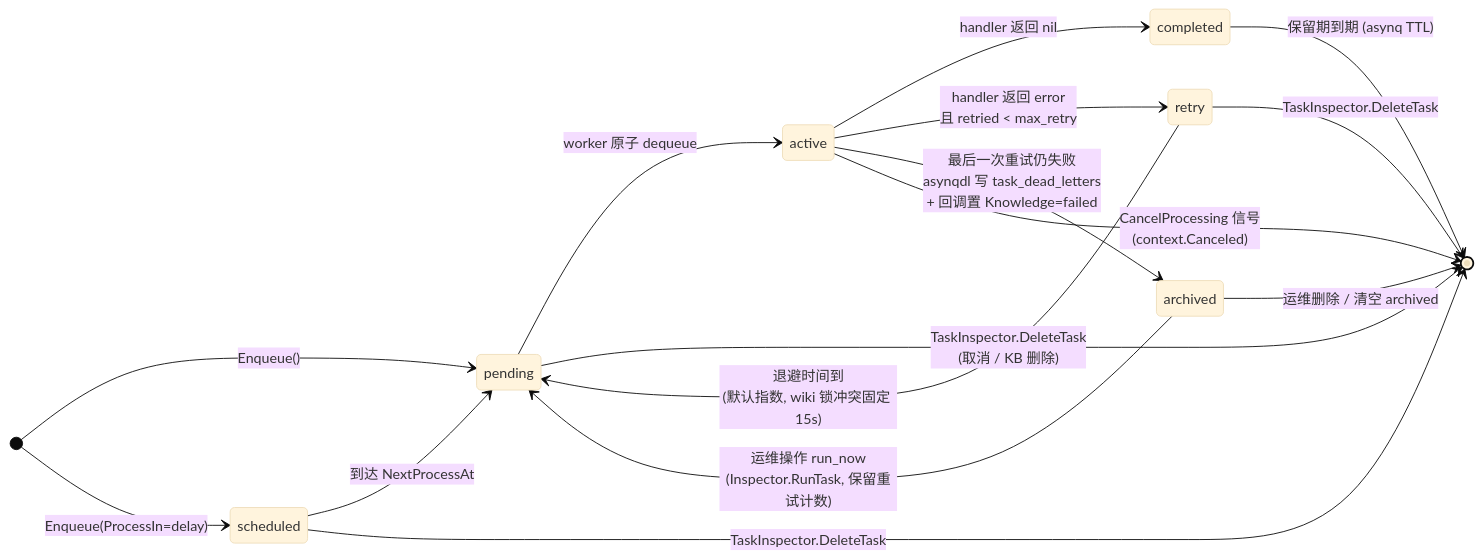
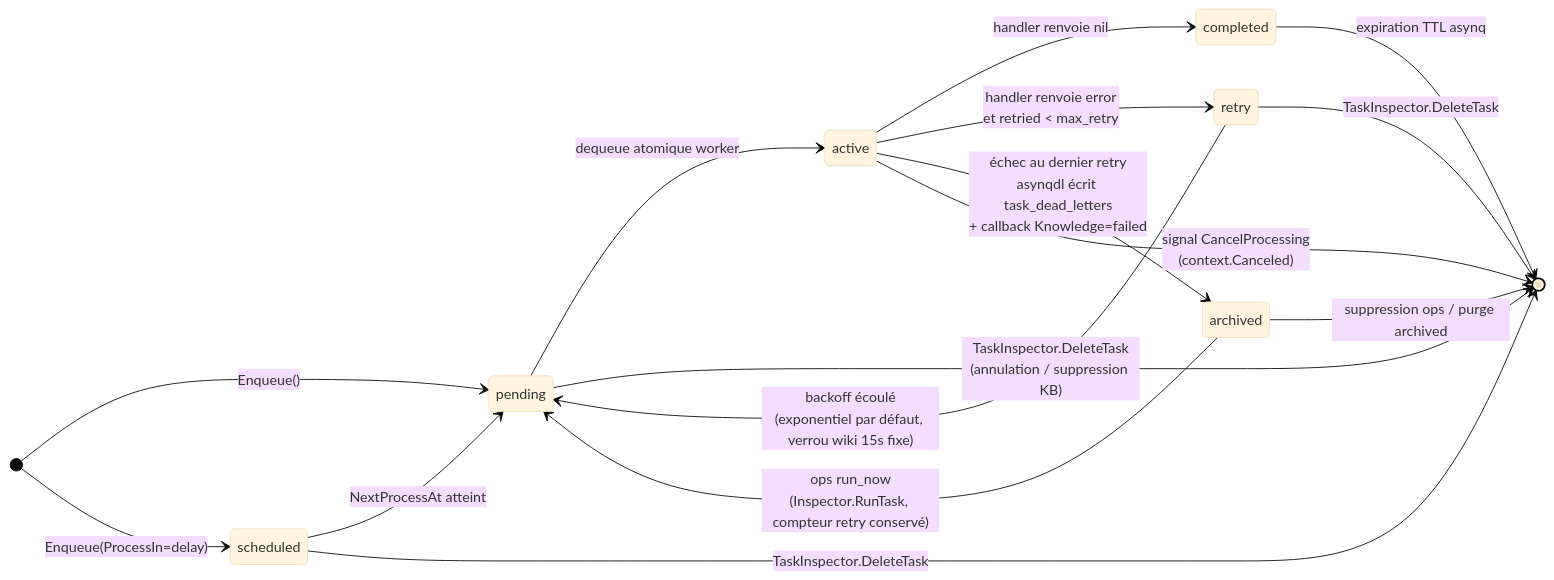
Before and after one commit to samiriggui-code/gsms-template: the second of 3 diagrams in website-docs/02-architecture/05-async-tasks.md, drawn with Mermaid (base theme). The commit also changed other lines of this file and 301 other files, not shown here.

````diff
--- a/website-docs/02-architecture/05-async-tasks.md
+++ b/website-docs/02-architecture/05-async-tasks.md
@@ -214,19 +214,19 @@
 ```mermaid
 stateDiagram-v2
     direction LR
     [*] --> pending : Enqueue()
     [*] --> scheduled : Enqueue(ProcessIn=delay)
-    scheduled --> pending : 到达 NextProcessAt
-    pending --> active : worker 原子 dequeue
-    active --> completed : handler 返回 nil
-    active --> retry : handler 返回 error<br/>且 retried < max_retry
-    retry --> pending : 退避时间到<br/>(默认指数, wiki 锁冲突固定 15s)
-    active --> archived : 最后一次重试仍失败<br/>asynqdl 写 task_dead_letters<br/>+ 回调置 Knowledge=failed
-    active --> [*] : CancelProcessing 信号<br/>(context.Canceled)
-    pending --> [*] : TaskInspector.DeleteTask<br/>(取消 / KB 删除)
+    scheduled --> pending : NextProcessAt atteint
+    pending --> active : dequeue atomique worker
+    active --> completed : handler renvoie nil
+    active --> retry : handler renvoie error<br/>et retried < max_retry
+    retry --> pending : backoff écoulé<br/>(exponentiel par défaut, verrou wiki 15s fixe)
+    active --> archived : échec au dernier retry<br/>asynqdl écrit task_dead_letters<br/>+ callback Knowledge=failed
+    active --> [*] : signal CancelProcessing<br/>(context.Canceled)
+    pending --> [*] : TaskInspector.DeleteTask<br/>(annulation / suppression KB)
     scheduled --> [*] : TaskInspector.DeleteTask
     retry --> [*] : TaskInspector.DeleteTask
-    archived --> pending : 运维操作 run_now<br/>(Inspector.RunTask, 保留重试计数)
-    archived --> [*] : 运维删除 / 清空 archived
-    completed --> [*] : 保留期到期 (asynq TTL)
+    archived --> pending : ops run_now<br/>(Inspector.RunTask, compteur retry conservé)
+    archived --> [*] : suppression ops / purge archived
+    completed --> [*] : expiration TTL asynq
 ```
````
